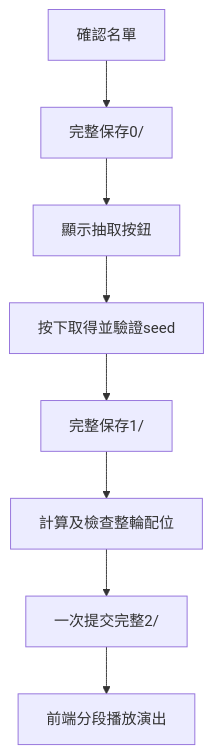
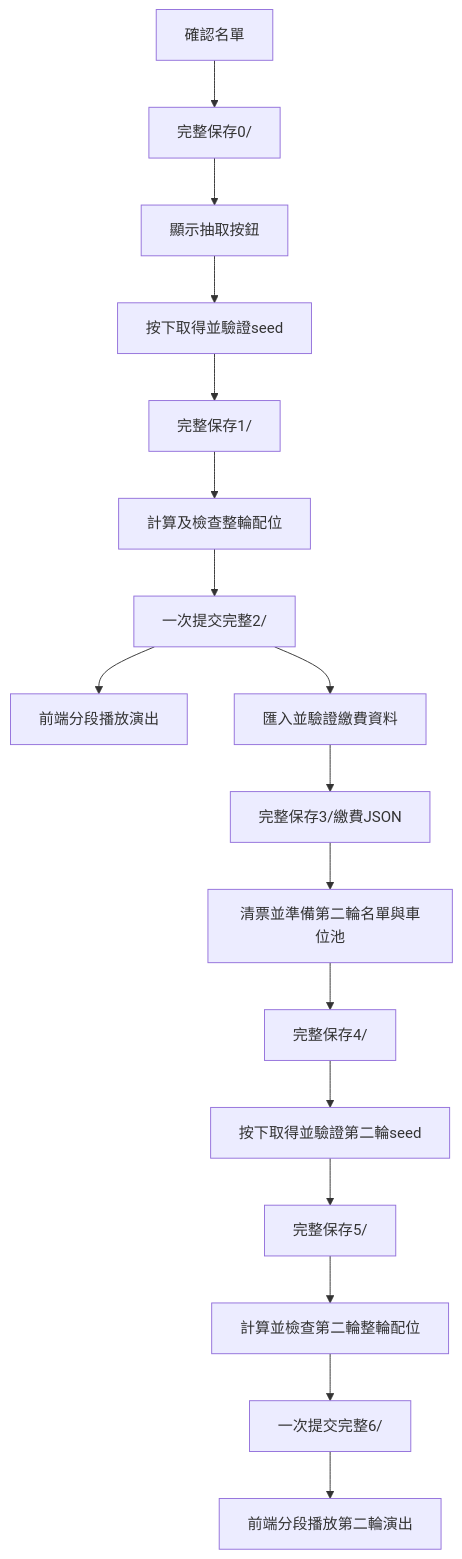
The second of 2 diagrams in doc/design/workspace-storage.md (Minazuki/parking), drawn with Mermaid before and after one commit. The commit also changed other lines of this file and 7 other files, not shown here.

````diff
--- a/doc/design/workspace-storage.md
+++ b/doc/design/workspace-storage.md
@@ -77,10 +81,19 @@
 ```mermaid
 flowchart TD
     confirm["確認名單"] --> save0["完整保存0/"]
     save0 --> button["顯示抽取按鈕"]
     button --> seed["按下取得並驗證seed"]
     seed --> save1["完整保存1/"]
     save1 --> calculate["計算及檢查整輪配位"]
     calculate --> save2["一次提交完整2/"]
     save2 --> show["前端分段播放演出"]
+    save2 --> payment["匯入並驗證繳費資料"]
+    payment --> save3["完整保存3/繳費JSON"]
+    save3 --> review["清票並準備第二輪名單與車位池"]
+    review --> save4["完整保存4/"]
+    save4 --> seed2["按下取得並驗證第二輪seed"]
+    seed2 --> save5["完整保存5/"]
+    save5 --> calculate2["計算並檢查第二輪整輪配位"]
+    calculate2 --> save6["一次提交完整6/"]
+    save6 --> show2["前端分段播放第二輪演出"]
 ```
````
